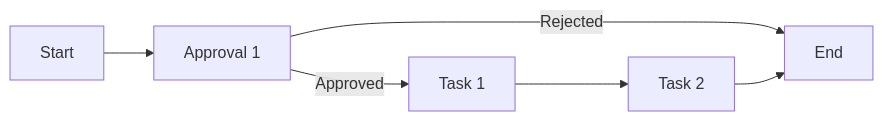
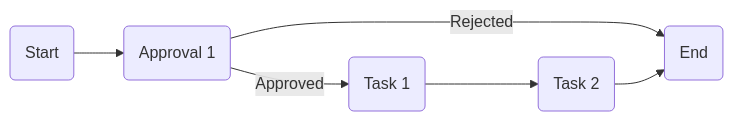
One commit to jacebenson/workflow changed the diagram in public/mmd/1-approval-2-task-serial.mmd. Above: the diagram before and after it, drawn with Mermaid. The commit also changed 9 other files, not shown here.

```diff
--- a/public/mmd/1-approval-2-task-serial.mmd
+++ b/public/mmd/1-approval-2-task-serial.mmd
@@ -1,12 +1,12 @@
 graph LR
-  S0[Start]
-  A1[Approval 1]
-  T1[Task 1]
-  T2[Task 2]
-  E0[End]
+  S0(Start)
+  A1(Approval 1)
+  T1(Task 1)
+  T2(Task 2)
+  E0(End)
   
   S0-->A1
   A1--Rejected-->E0
   A1--Approved-->T1
   T1-->T2
   T2-->E0
```
